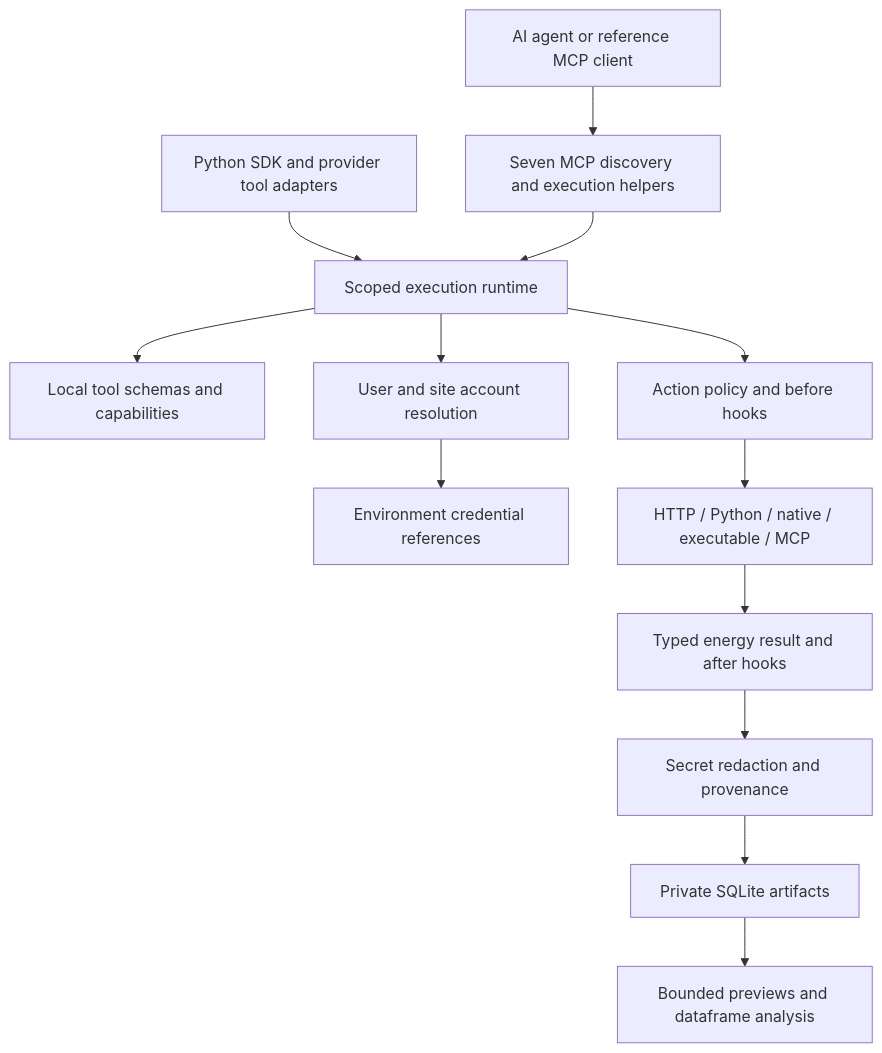
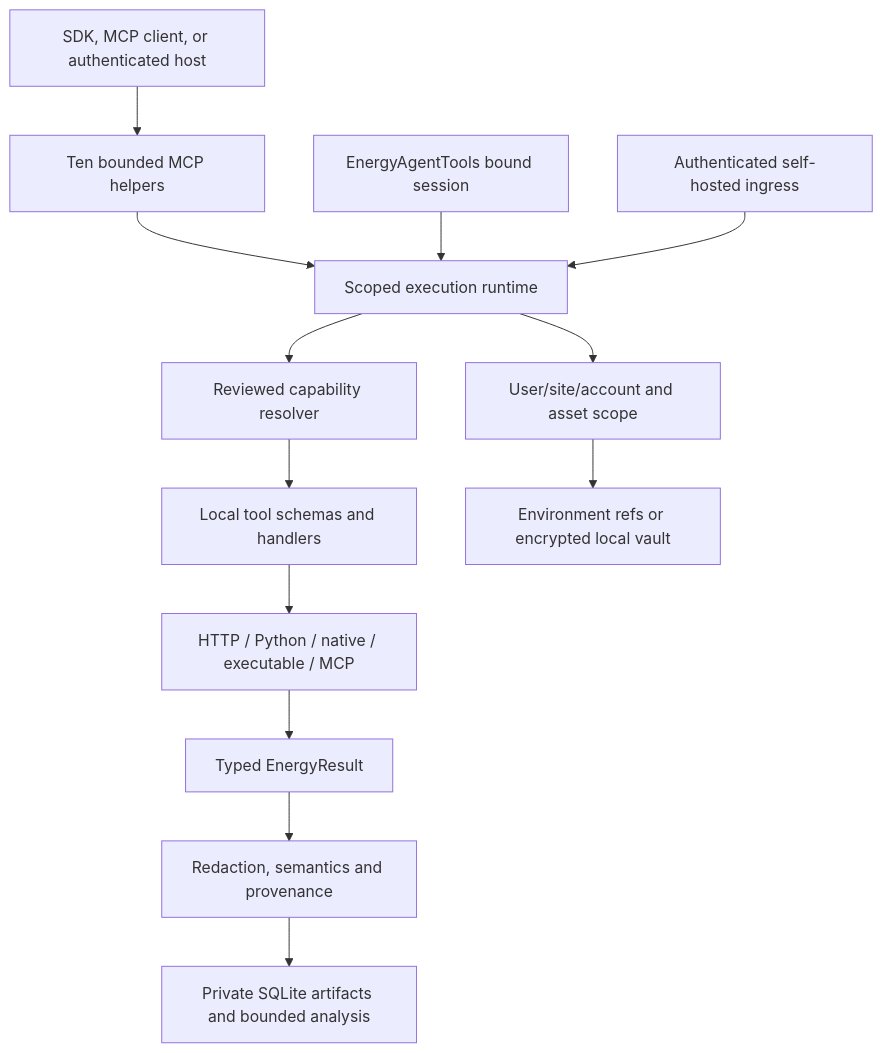
Before and after one commit to bferanmi806-sketch/energy-agent-tools: the diagram in docs/architecture.md, drawn with Mermaid. The commit also changed other lines of this file and 86 other files, not shown here.

Commit message:
Build reviewed capability platform with encrypted auth, scoped hosting and executable workflows

````diff
--- a/docs/architecture.md
+++ b/docs/architecture.md
@@ -6,15 +7,15 @@
 ```mermaid
 flowchart TD
-  Agent[AI agent or reference MCP client] --> Meta[Seven MCP discovery and execution helpers]
-  SDK[Python SDK and provider tool adapters] --> Runtime
-  Meta --> Runtime[Scoped execution runtime]
-  Runtime --> Registry[Local tool schemas and capabilities]
-  Runtime --> Accounts[User and site account resolution]
-  Accounts --> Secrets[Environment credential references]
-  Runtime --> Policy[Action policy and before hooks]
-  Policy --> Connectors[HTTP / Python / native / executable / MCP]
-  Connectors --> Results[Typed energy result and after hooks]
-  Results --> Redact[Secret redaction and provenance]
-  Redact --> Workbench[Private SQLite artifacts]
-  Workbench --> Summary[Bounded previews and dataframe analysis]
+  Client[SDK, MCP client, or authenticated host] --> Helpers[Ten bounded MCP helpers]
+  Helpers --> Runtime[Scoped execution runtime]
+  SDK[EnergyAgentTools bound session] --> Runtime
+  Runtime --> Resolver[Reviewed capability resolver]
+  Resolver --> Registry[Local tool schemas and handlers]
+  Runtime --> Accounts[User/site/account and asset scope]
+  Accounts --> Vault[Environment refs or encrypted local vault]
+  Registry --> Connectors[HTTP / Python / native / executable / MCP]
+  Connectors --> Result[Typed EnergyResult]
+  Result --> Lineage[Redaction, semantics and provenance]
+  Lineage --> Workbench[Private SQLite artifacts and bounded analysis]
+  Host[Authenticated self-hosted ingress] --> Runtime
 ```
````
